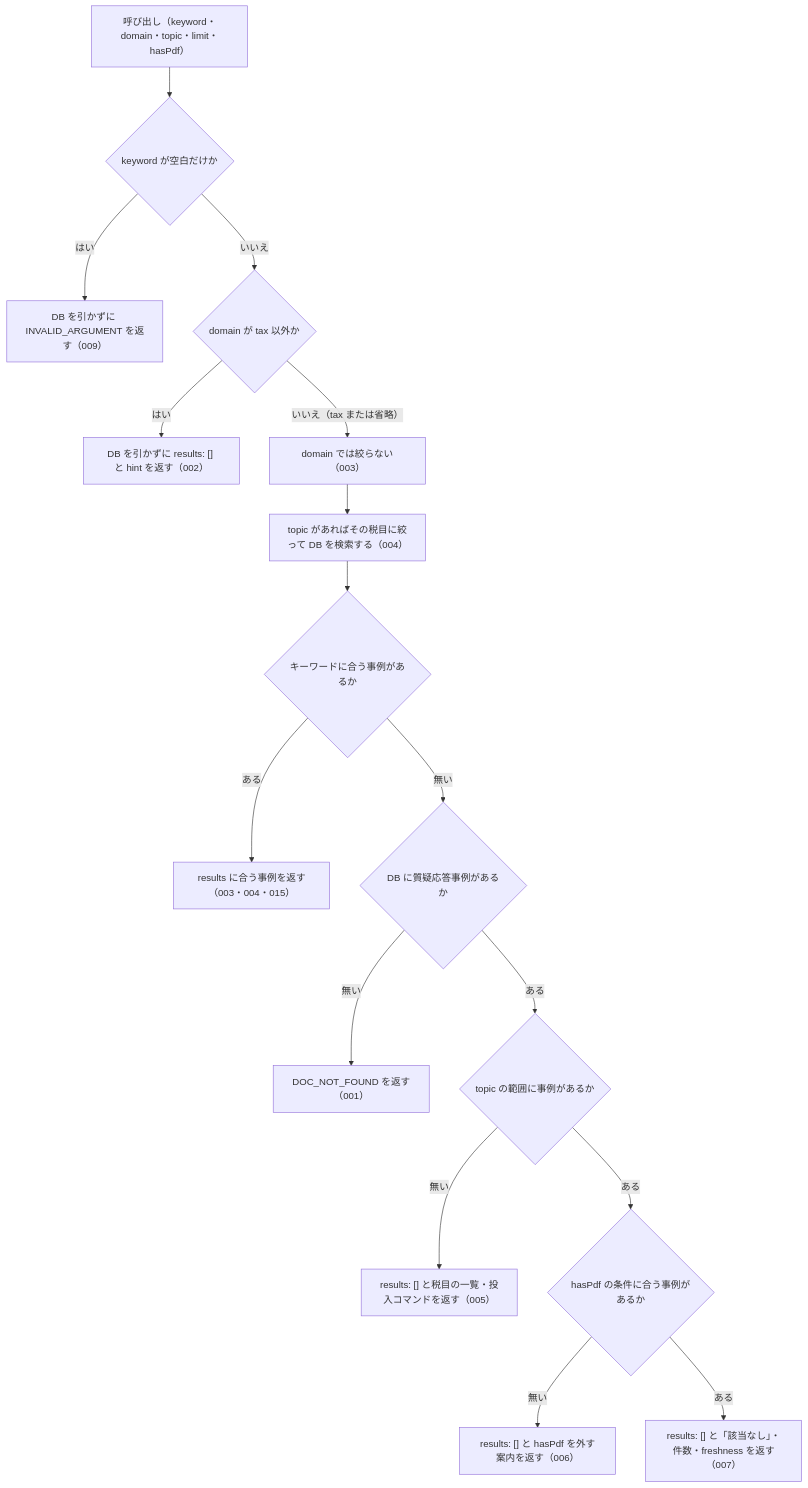
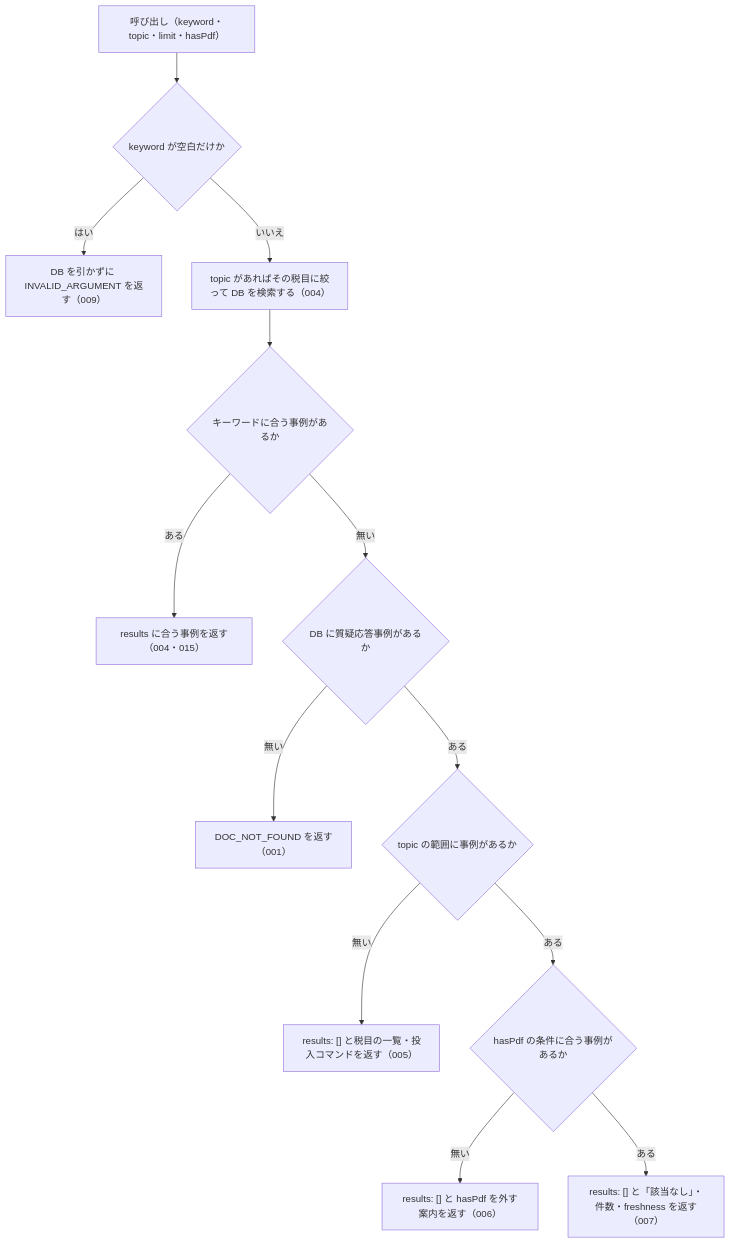
Before and after one commit to shuji-bonji/houki-nta-mcp: the diagram in specs/current/nta_search_qa/spec.md, drawn with Mermaid. The commit also changed other lines of this file and 43 other files, not shown here.

````diff
--- a/specs/current/nta_search_qa/spec.md
+++ b/specs/current/nta_search_qa/spec.md
@@ -31,18 +30,15 @@
 ```mermaid
 flowchart TD
-  A["呼び出し（keyword・domain・topic・limit・hasPdf）"] --> W{"keyword が空白だけか"}
+  A["呼び出し（keyword・topic・limit・hasPdf）"] --> W{"keyword が空白だけか"}
   W -- はい --> E0["DB を引かずに INVALID_ARGUMENT を返す（009）"]
-  W -- いいえ --> B{"domain が tax 以外か"}
-  B -- はい --> E1["DB を引かずに results: [] と hint を返す（002）"]
-  B -- "いいえ（tax または省略）" --> C["domain では絞らない（003）"]
-  C --> D["topic があればその税目に絞って DB を検索する（004）"]
+  W -- いいえ --> D["topic があればその税目に絞って DB を検索する（004）"]
   D --> F{"キーワードに合う事例があるか"}
-  F -- ある --> G["results に合う事例を返す（003・004・015）"]
+  F -- ある --> G["results に合う事例を返す（004・015）"]
   F -- 無い --> H{"DB に質疑応答事例があるか"}
   H -- 無い --> E2["DOC_NOT_FOUND を返す（001）"]
   H -- ある --> I{"topic の範囲に事例があるか"}
   I -- 無い --> E3["results: [] と税目の一覧・投入コマンドを返す（005）"]
   I -- ある --> J{"hasPdf の条件に合う事例があるか"}
   J -- 無い --> E4["results: [] と hasPdf を外す案内を返す（006）"]
   J -- ある --> E5["results: [] と「該当なし」・件数・freshness を返す（007）"]
 ```
````
